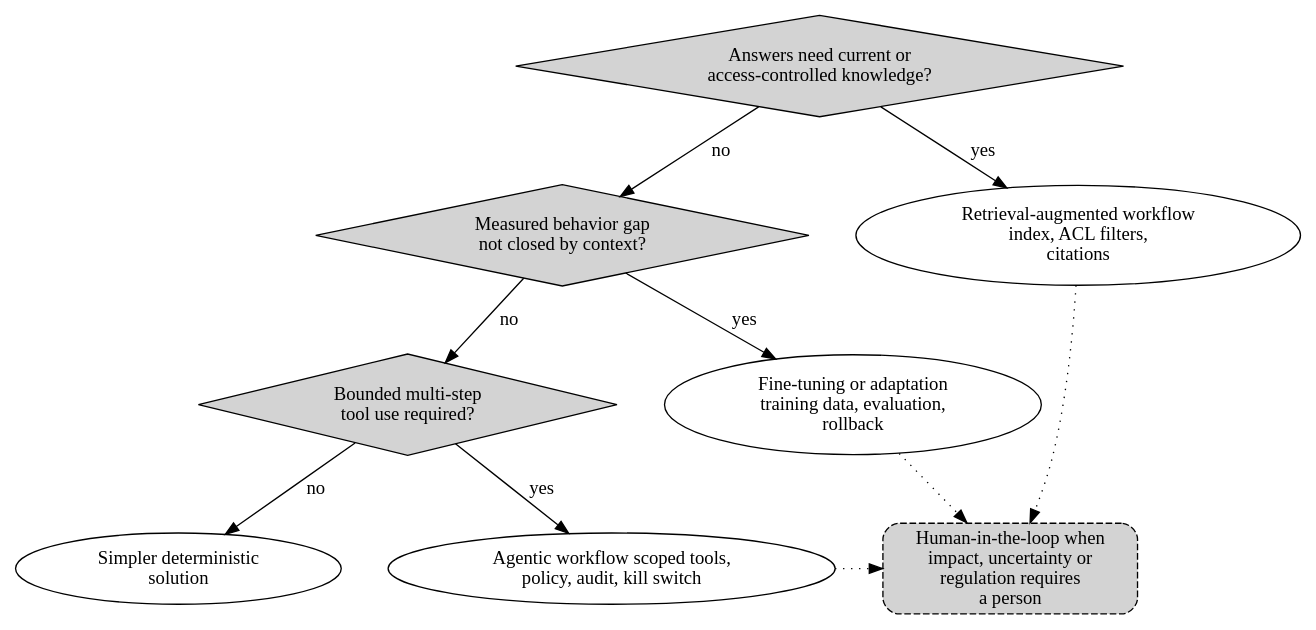
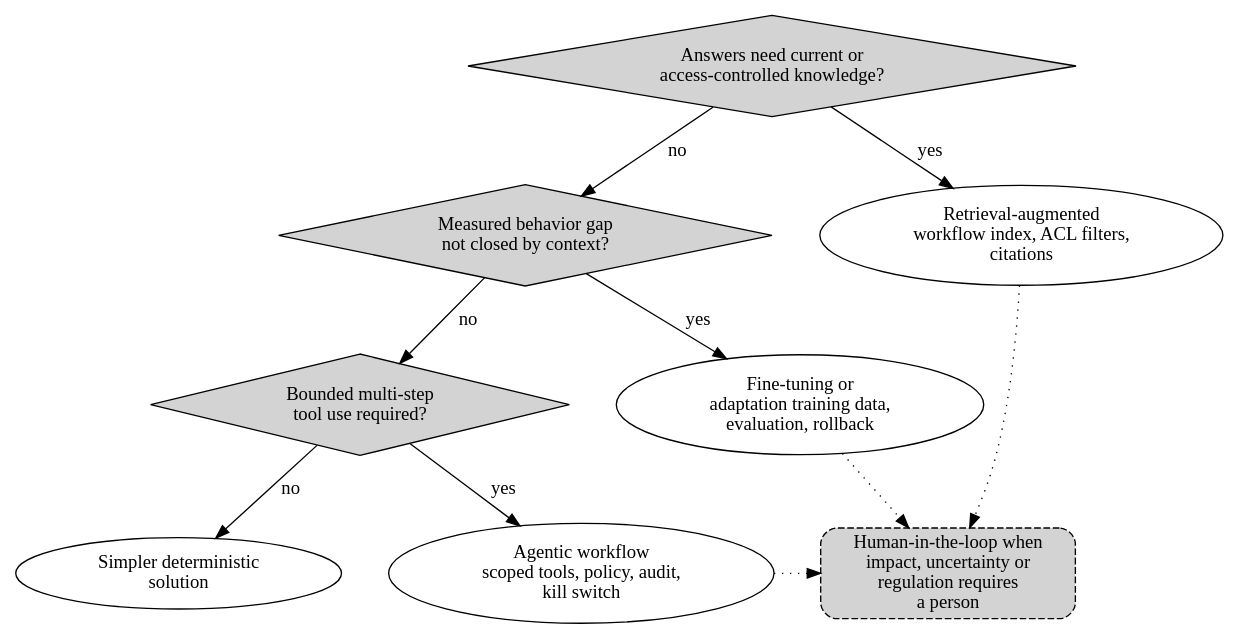
One commit to cesarcastrocuba/handbook-solutions-architecture changed the diagram in assets/diagrams/src/ch16-patterns.dot. Above: the diagram before and after it, drawn with Graphviz. The commit also changed 14 other files, not shown here.

First line of the commit message:
diagrams(figures): keep each node name on its own line

```diff
--- a/assets/diagrams/src/ch16-patterns.dot
+++ b/assets/diagrams/src/ch16-patterns.dot
@@ -1,22 +1,22 @@
 digraph G { 
 
  rankdir=TB;
  q1 [label="Answers need current or\naccess-controlled knowledge?", shape=diamond, style="filled"];
- rag [label="Retrieval-augmented workflow\nindex, ACL filters,\ncitations"];
+ rag [label="Retrieval-augmented\nworkflow index, ACL filters,\ncitations"];
  q2 [label="Measured behavior gap\nnot closed by context?", shape=diamond, style="filled"];
- ft [label="Fine-tuning or adaptation\ntraining data, evaluation,\nrollback"];
+ ft [label="Fine-tuning or\nadaptation training data,\nevaluation, rollback"];
  q3 [label="Bounded multi-step\ntool use required?", shape=diamond, style="filled"];
- ag [label="Agentic workflow scoped tools,\npolicy, audit, kill switch"];
+ ag [label="Agentic workflow\nscoped tools, policy, audit,\nkill switch"];
  det [label="Simpler deterministic\nsolution"];
  hitl [label="Human-in-the-loop when\nimpact, uncertainty or\nregulation requires\na person", shape=box, style="rounded,filled,dashed"];
  q1->rag [label=" yes"]; q1->q2 [label=" no"];
  q2->ft [label=" yes"]; q2->q3 [label=" no"];
  q3->ag [label=" yes"]; q3->det [label=" no"];
  rag->hitl [style=dotted]; ft->hitl [style=dotted]; ag->hitl [style=dotted];
  {rank=same; q2; rag}
  q2 -> rag [style=invis];
  {rank=same; q3; ft}
  q3 -> ft [style=invis];
  {rank=same; det; ag; hitl}
  det -> ag [style=invis];
 }
```
